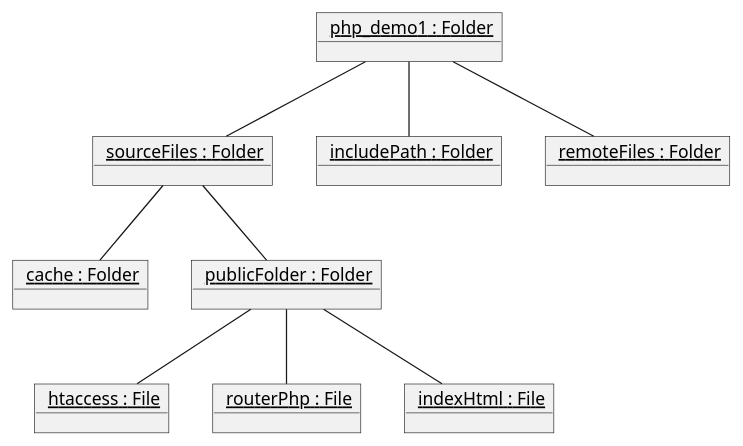
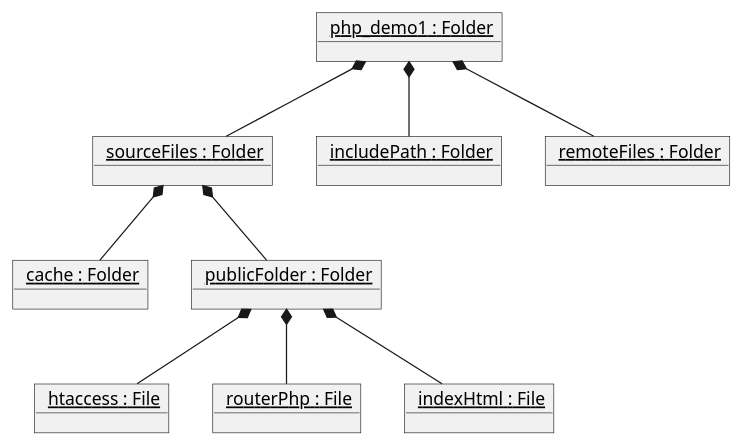
The diagram in Object Diagram/Composition_p2.puml (ericaatann/HW3_UML), drawn with PlantUML before and after one commit.

```diff
--- a/Object Diagram/Composition_p2.puml
+++ b/Object Diagram/Composition_p2.puml
@@ -1,25 +1,25 @@
 @startuml
 
 object "<u> php_demo1 : Folder" as php_demo1
 object "<u> sourceFiles : Folder" as sourceFiles
 object "<u> cache : Folder" as cache
 object "<u> publicFolder : Folder" as publicFolder
 object "<u> includePath : Folder" as includePath
 object "<u> remoteFiles : Folder" as remoteFiles
 
 object "<u> htaccess : File" as htaccess
 object "<u> routerPhp : File" as routerPhp
 object "<u> indexHtml : File" as indexHtml
 
-php_demo1 -- sourceFiles
-php_demo1 -- includePath
-php_demo1 -- remoteFiles
+php_demo1 *-- sourceFiles
+php_demo1 *-- includePath
+php_demo1 *-- remoteFiles
 
-sourceFiles -- cache
-sourceFiles -- publicFolder
+sourceFiles *-- cache
+sourceFiles *-- publicFolder
 
-publicFolder -- htaccess
-publicFolder -- routerPhp
-publicFolder -- indexHtml
+publicFolder *-- htaccess
+publicFolder *-- routerPhp
+publicFolder *-- indexHtml
 
 @enduml
```
